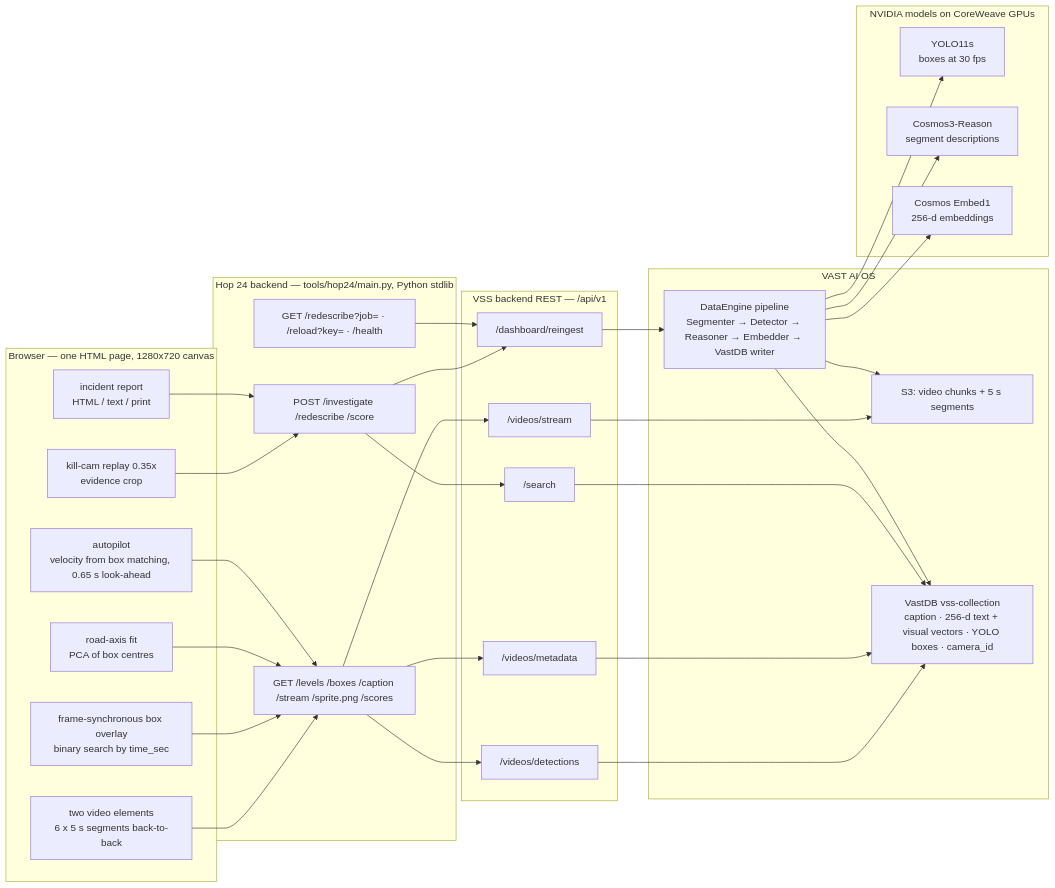
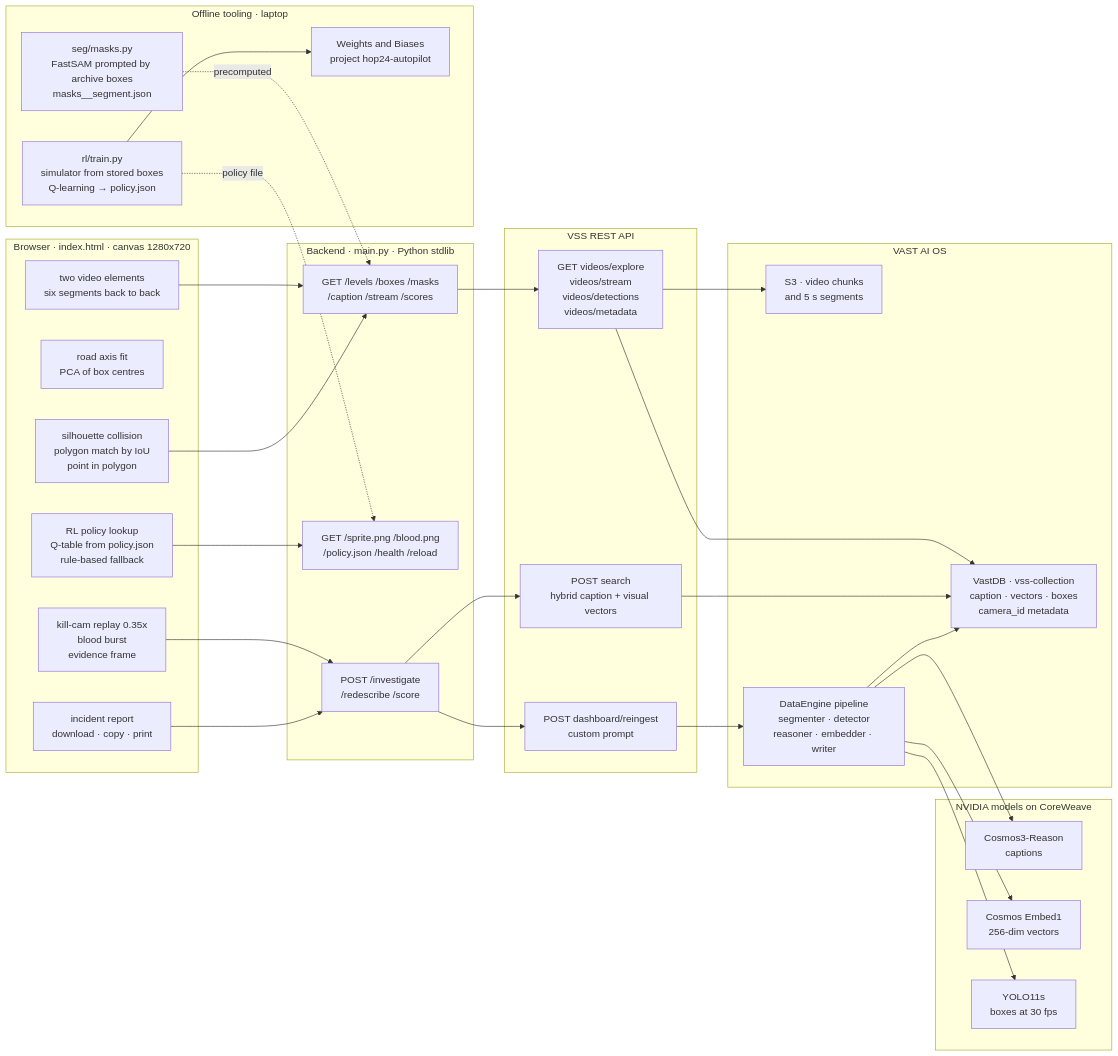
Before and after one commit to vnmoorthy/hop24: the first of 2 diagrams in README.md, drawn with Mermaid. The commit also changed other lines of this file and 13 other files, not shown here.

Commit message:
Flagship README, refreshed deck and storyboard, contributing guide, changelog, CI, issue templates, security policy, Pages landing page

````diff
--- a/README.md
+++ b/README.md
@@ -102,60 +117,61 @@
 ```mermaid
 flowchart LR
-  subgraph B["Browser — one HTML page, 1280x720 canvas"]
-    V["two video elements<br>6 x 5 s segments back-to-back"]
-    O["frame-synchronous box overlay<br>binary search by time_sec"]
-    RA["road-axis fit<br>PCA of box centres"]
-    AP["autopilot<br>velocity from box matching, 0.65 s look-ahead"]
-    KC["kill-cam replay 0.35x<br>evidence crop"]
-    RP["incident report<br>HTML / text / print"]
+  subgraph browser [Browser · index.html · canvas 1280x720]
+    V[two video elements<br>six segments back to back]
+    AX[road axis fit<br>PCA of box centres]
+    SIL[silhouette collision<br>polygon match by IoU<br>point in polygon]
+    RLB[RL policy lookup<br>Q-table from policy.json<br>rule-based fallback]
+    KC[kill-cam replay 0.35x<br>blood burst<br>evidence frame]
+    RP[incident report<br>download · copy · print]
   end
 
-  subgraph P["Hop 24 backend — tools/hop24/main.py, Python stdlib"]
-    R1["GET /levels /boxes /caption /stream /sprite.png /scores"]
-    R2["POST /investigate /redescribe /score"]
-    R3["GET /redescribe?job= · /reload?key= · /health"]
+  subgraph backend [Backend · main.py · Python stdlib]
+    R1[GET /levels /boxes /masks<br>/caption /stream /scores]
+    R2[GET /sprite.png /blood.png<br>/policy.json /health /reload]
+    R3[POST /investigate<br>/redescribe /score]
   end
 
-  subgraph S["VSS backend REST — /api/v1"]
-    S1["/videos/stream"]
-    S2["/videos/detections"]
-    S3["/videos/metadata"]
-    S4["/search"]
-    S5["/dashboard/reingest"]
+  subgraph vss [VSS REST API]
+    E1[GET videos/explore<br>videos/stream<br>videos/detections<br>videos/metadata]
+    E2[POST search<br>hybrid caption + visual vectors]
+    E3[POST dashboard/reingest<br>custom prompt]
   end
 
-  subgraph VA["VAST AI OS"]
-    S3O["S3: video chunks + 5 s segments"]
-    DB["VastDB vss-collection<br>caption · 256-d text + visual vectors · YOLO boxes · camera_id"]
-    DE["DataEngine pipeline<br>Segmenter → Detector → Reasoner → Embedder → VastDB writer"]
+  subgraph vast [VAST AI OS]
+    S3[S3 · video chunks<br>and 5 s segments]
+    DB[VastDB · vss-collection<br>caption · vectors · boxes<br>camera_id metadata]
+    DE[DataEngine pipeline<br>segmenter · detector<br>reasoner · embedder · writer]
   end
 
-  subgraph NV["NVIDIA models on CoreWeave GPUs"]
-    Y["YOLO11s<br>boxes at 30 fps"]
-    CR["Cosmos3-Reason<br>segment descriptions"]
-    CE["Cosmos Embed1<br>256-d embeddings"]
+  subgraph nv [NVIDIA models on CoreWeave]
+    N1[Cosmos3-Reason<br>captions]
+    N2[Cosmos Embed1<br>256-dim vectors]
+    N3[YOLO11s<br>boxes at 30 fps]
+  end
+
+  subgraph offline [Offline tooling · laptop]
+    MS[seg/masks.py<br>FastSAM prompted by archive boxes<br>masks__segment.json]
+    TR[rl/train.py<br>simulator from stored boxes<br>Q-learning → policy.json]
+    WB[Weights and Biases<br>project hop24-autopilot]
   end
 
   V --> R1
-  O --> R1
-  RA --> R1
-  AP --> R1
-  KC --> R2
-  RP --> R2
-  R1 --> S1
-  R1 --> S2
-  R1 --> S3
-  R2 --> S4
-  R2 --> S5
-  R3 --> S5
-  S1 --> S3O
-  S2 --> DB
-  S3 --> DB
-  S4 --> DB
-  S5 --> DE
-  DE --> Y
-  DE --> CR
-  DE --> CE
+  SIL --> R1
+  RLB --> R2
+  KC --> R3
+  RP --> R3
+  R1 --> E1
+  R3 --> E2
+  R3 --> E3
+  E1 --> S3
+  E1 --> DB
+  E2 --> DB
+  E3 --> DE
+  DE --> N1
+  DE --> N2
+  DE --> N3
   DE --> DB
-  DE --> S3O
+  MS -.->|precomputed| R1
+  TR --> WB
+  TR -.->|policy file| R2
 ```
````
